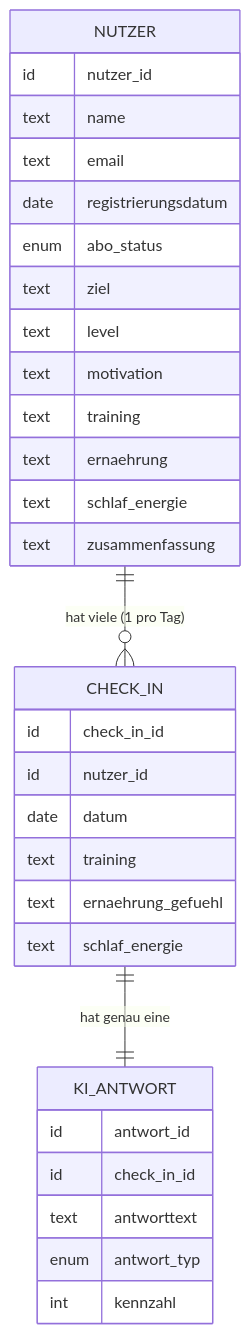
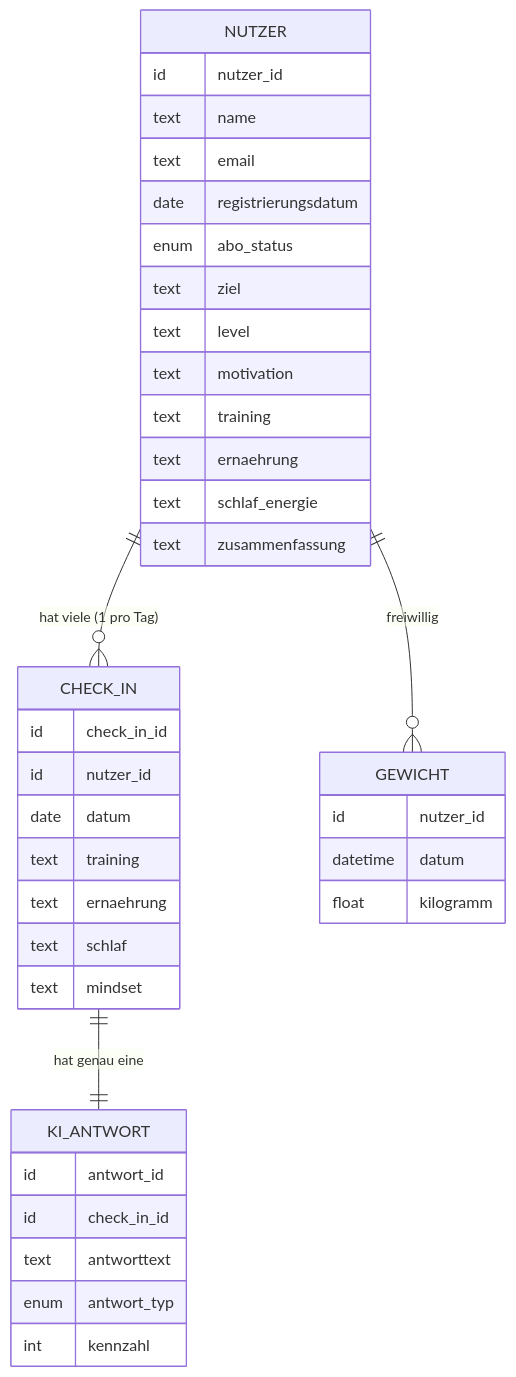
One commit to phillipzxk/App changed the diagram in Datenstruktur/Datenmodell.md. Above: the diagram before and after it, drawn with Mermaid. The commit also changed other lines of this file and 25 other files, not shown here.

````diff
--- a/Datenstruktur/Datenmodell.md
+++ b/Datenstruktur/Datenmodell.md
@@ -12,34 +12,41 @@
 ```mermaid
 erDiagram
     NUTZER ||--o{ CHECK_IN : "hat viele (1 pro Tag)"
     CHECK_IN ||--|| KI_ANTWORT : "hat genau eine"
+    NUTZER ||--o{ GEWICHT : "freiwillig"
     NUTZER {
         id nutzer_id
         text name
         text email
         date registrierungsdatum
         enum abo_status
         text ziel
         text level
         text motivation
         text training
         text ernaehrung
         text schlaf_energie
         text zusammenfassung
     }
     CHECK_IN {
         id check_in_id
         id nutzer_id
         date datum
         text training
-        text ernaehrung_gefuehl
-        text schlaf_energie
+        text ernaehrung
+        text schlaf
+        text mindset
+    }
+    GEWICHT {
+        id nutzer_id
+        datetime datum
+        float kilogramm
     }
     KI_ANTWORT {
         id antwort_id
         id check_in_id
         text antworttext
         enum antwort_typ
         int kennzahl
     }
 ```
````
